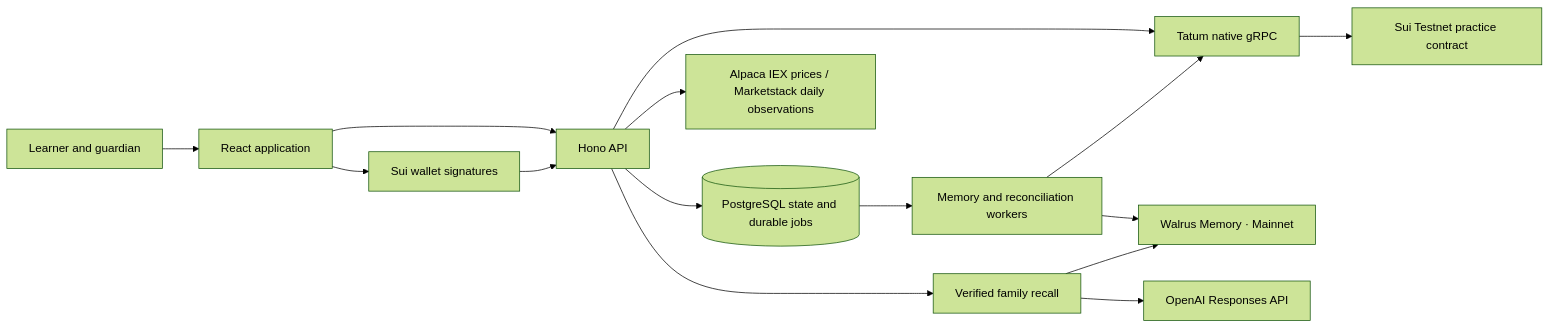
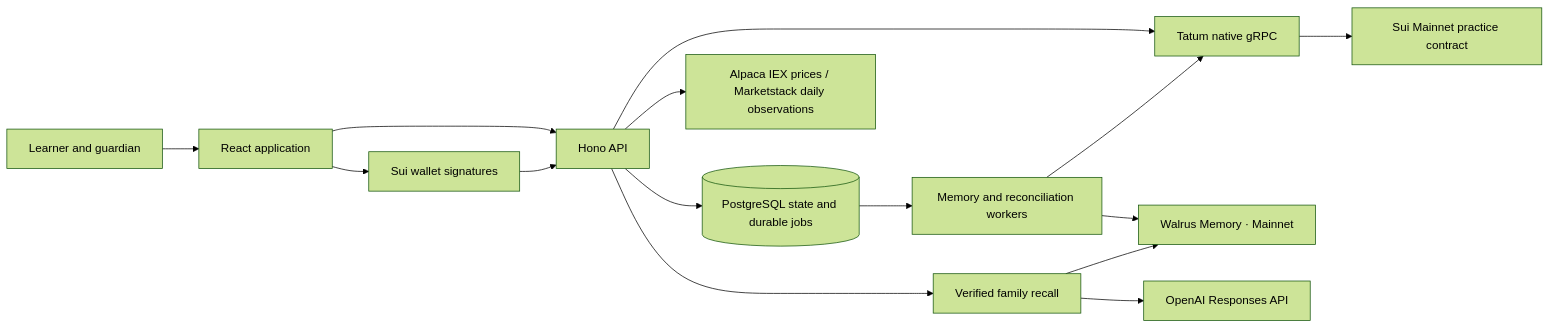
The diagram in README.md (ELLA0VICTOR/trove), drawn with Mermaid (forest theme) before and after one commit. The commit also changed other lines of this file and 40 other files, not shown here.

````diff
--- a/README.md
+++ b/README.md
@@ -93,17 +93,17 @@
 ```mermaid
 flowchart LR
     Learner["Learner and guardian"] --> UI["React application"]
     UI --> API["Hono API"]
     UI --> Wallet["Sui wallet signatures"]
     Wallet --> API
     API --> Store[("PostgreSQL state and durable jobs")]
     API --> Market["Alpaca IEX prices / Marketstack daily observations"]
     API --> Tatum["Tatum native gRPC"]
-    Tatum --> Sui["Sui Testnet practice contract"]
+    Tatum --> Sui["Sui Mainnet practice contract"]
     Store --> Worker["Memory and reconciliation workers"]
     Worker --> Walrus["Walrus Memory · Mainnet"]
     Worker --> Tatum
     API --> Recall["Verified family recall"]
     Recall --> Walrus
     Recall --> Coach["OpenAI Responses API"]
 ```
````
